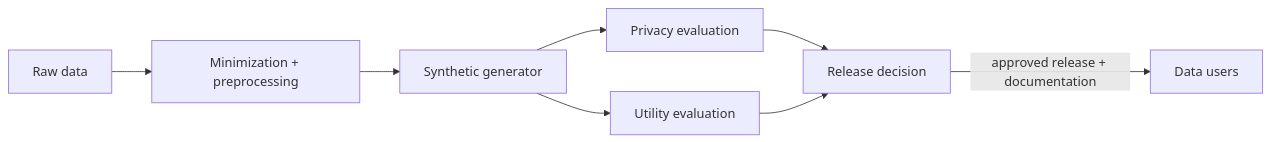
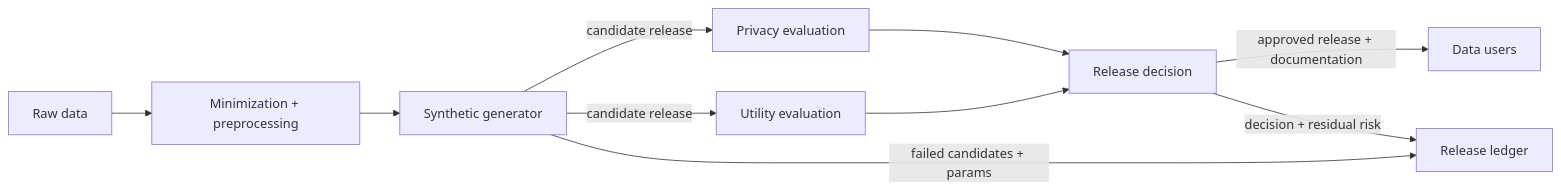
One commit to I-Love-PETs/i-love-pets.github.io changed the diagram in docs/pet-architectures/synthetic-data-release-pipeline.md. Above: the diagram before and after it, drawn with Mermaid. The commit also changed other lines of this file and 6 other files, not shown here.

Commit message:
Polish PET architecture reviews

````diff
--- a/docs/pet-architectures/synthetic-data-release-pipeline.md
+++ b/docs/pet-architectures/synthetic-data-release-pipeline.md
@@ -13,10 +13,12 @@
 ```mermaid
 flowchart LR
   R[Raw data] --> M[Minimization + preprocessing]
   M --> G[Synthetic generator]
-  G --> P[Privacy evaluation]
-  G --> U[Utility evaluation]
+  G -->|candidate release| P[Privacy evaluation]
+  G -->|candidate release| U[Utility evaluation]
+  G -->|failed candidates + params| L[Release ledger]
   P --> A[Release decision]
   U --> A
   A -->|approved release + documentation| D[Data users]
+  A -->|decision + residual risk| L
 ```
````
